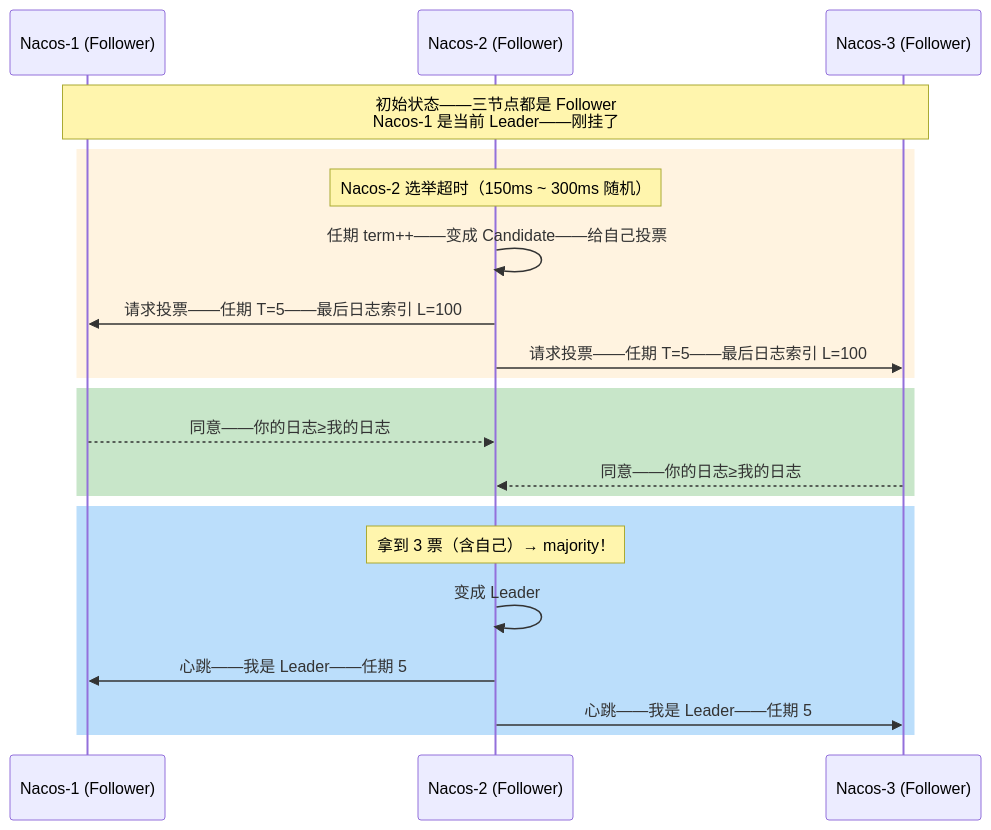
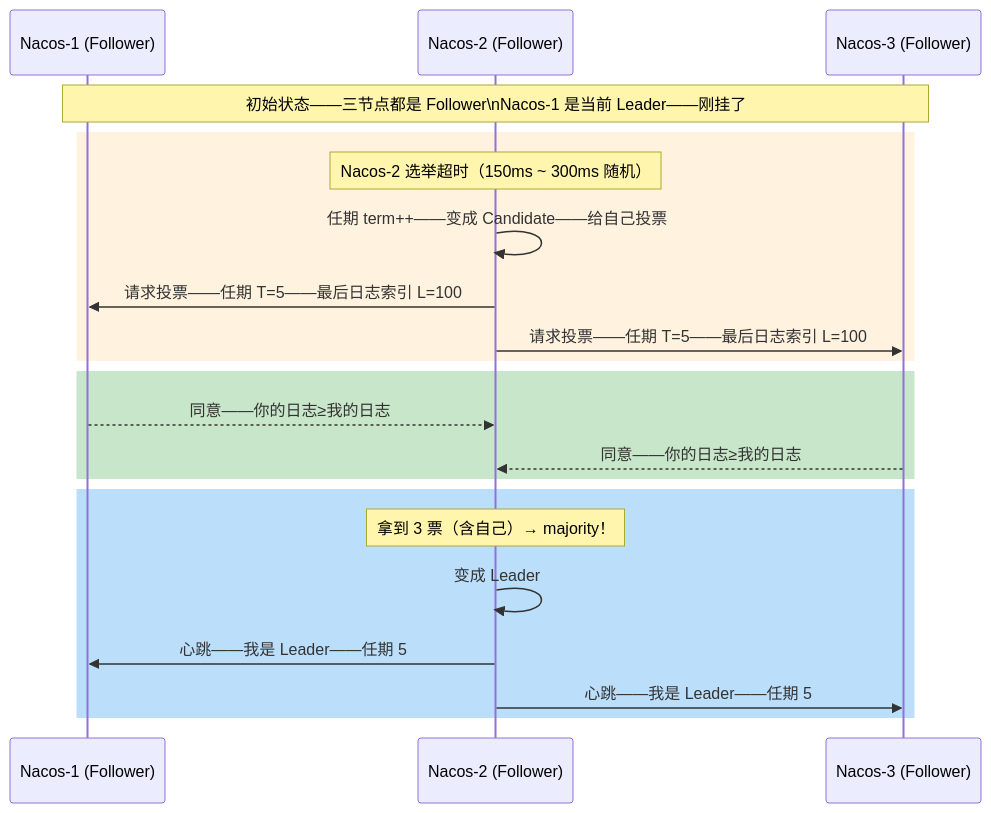
Before and after one commit to yaocat55/yaocat55.github.io: the third of 6 diagrams in content/posts/distributed-algorithms/RaftElectionAndHeartbeat.md, drawn with Mermaid. The commit also changed other lines of this file and 155 other files, not shown here.

````diff
--- a/content/posts/distributed-algorithms/RaftElectionAndHeartbeat.md
+++ b/content/posts/distributed-algorithms/RaftElectionAndHeartbeat.md
@@ -142,27 +142,27 @@
 ```mermaid
 sequenceDiagram
     participant N1 as Nacos-1 (Follower)
     participant N2 as Nacos-2 (Follower)
     participant N3 as Nacos-3 (Follower)
 
-    Note over N1,N3: 初始状态——三节点都是 Follower<br/>Nacos-1 是当前 Leader——刚挂了
+    Note over N1,N3: 初始状态——三节点都是 Follower\nNacos-1 是当前 Leader——刚挂了
 
     rect rgb(255, 243, 224)
         Note over N2: Nacos-2 选举超时（150ms ~ 300ms 随机）
         N2->>N2: 任期 term++——变成 Candidate——给自己投票
         N2->>N1: 请求投票——任期 T=5——最后日志索引 L=100
         N2->>N3: 请求投票——任期 T=5——最后日志索引 L=100
     end
 
     rect rgb(200, 230, 201)
         N1-->>N2: 同意——你的日志≥我的日志
         N3-->>N2: 同意——你的日志≥我的日志
     end
 
     rect rgb(187, 222, 251)
         Note over N2: 拿到 3 票（含自己）→ majority！
         N2->>N2: 变成 Leader
         N2->>N1: 心跳——我是 Leader——任期 5
         N2->>N3: 心跳——我是 Leader——任期 5
     end
 ```
````
